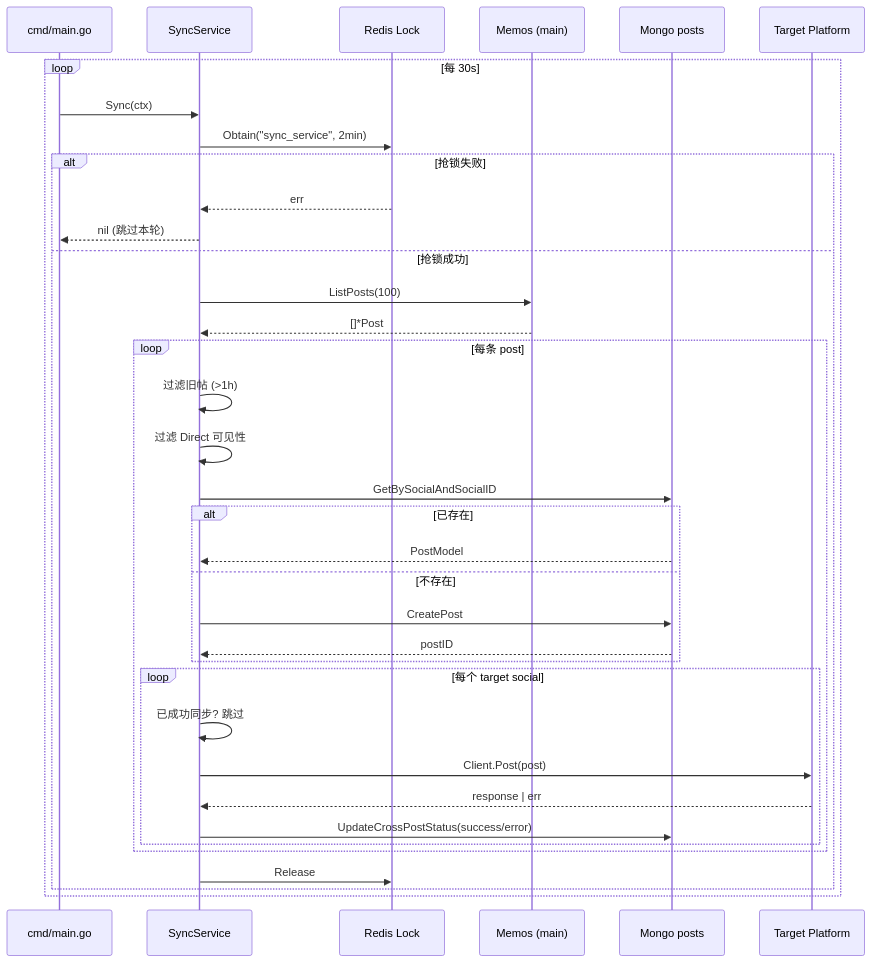
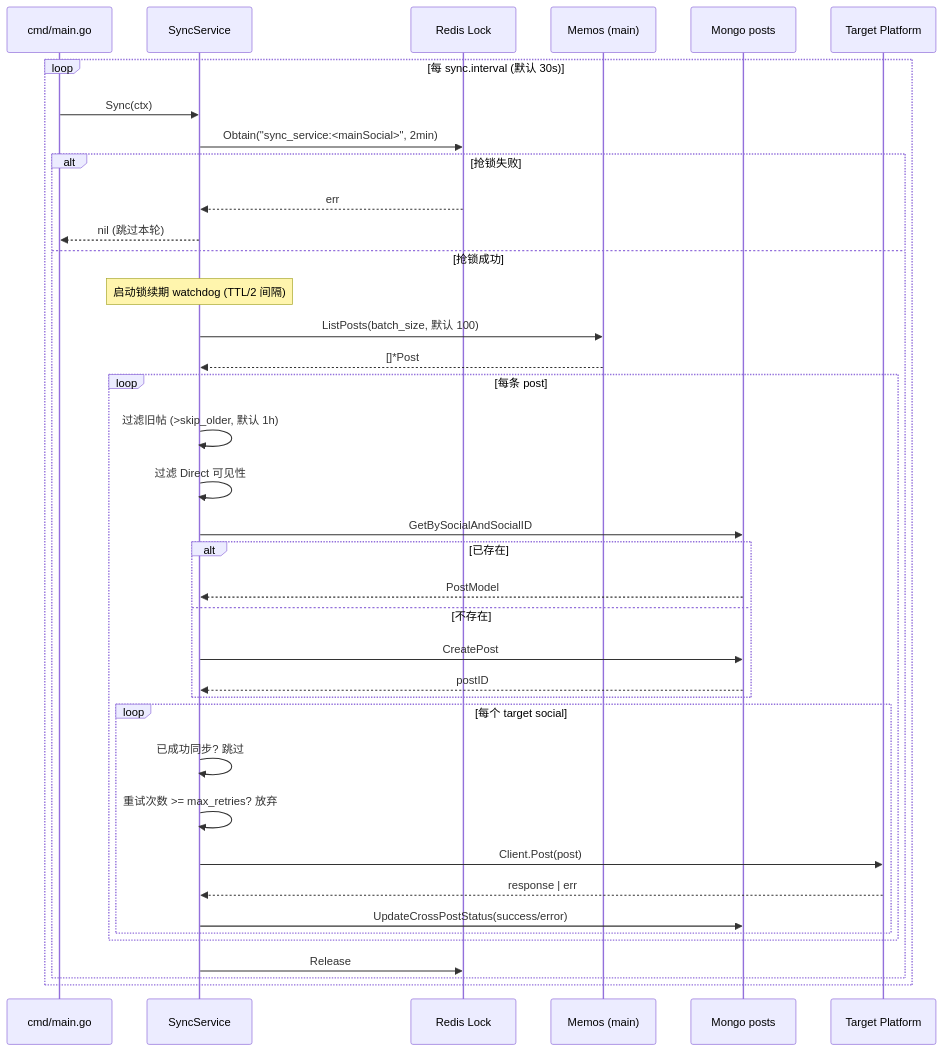
Before and after one commit to orvice/HyperSync: the first of 2 diagrams in docs/sync-flow.md, drawn with Mermaid. The commit also changed other lines of this file and 7 other files, not shown here.

````diff
--- a/docs/sync-flow.md
+++ b/docs/sync-flow.md
@@ -9,39 +9,41 @@
 ```mermaid
 sequenceDiagram
     participant Main as cmd/main.go
     participant Sync as SyncService
     participant Lock as Redis Lock
     participant Mem as Memos (main)
     participant DB as Mongo posts
     participant Tgt as Target Platform
 
-    loop 每 30s
+    loop 每 sync.interval (默认 30s)
         Main->>Sync: Sync(ctx)
-        Sync->>Lock: Obtain("sync_service", 2min)
+        Sync->>Lock: Obtain("sync_service:<mainSocial>", 2min)
         alt 抢锁失败
             Lock-->>Sync: err
             Sync-->>Main: nil (跳过本轮)
         else 抢锁成功
-            Sync->>Mem: ListPosts(100)
+            Note over Sync: 启动锁续期 watchdog (TTL/2 间隔)
+            Sync->>Mem: ListPosts(batch_size, 默认 100)
             Mem-->>Sync: []*Post
             loop 每条 post
-                Sync->>Sync: 过滤旧帖 (>1h)
+                Sync->>Sync: 过滤旧帖 (>skip_older, 默认 1h)
                 Sync->>Sync: 过滤 Direct 可见性
                 Sync->>DB: GetBySocialAndSocialID
                 alt 已存在
                     DB-->>Sync: PostModel
                 else 不存在
                     Sync->>DB: CreatePost
                     DB-->>Sync: postID
                 end
                 loop 每个 target social
                     Sync->>Sync: 已成功同步? 跳过
+                    Sync->>Sync: 重试次数 >= max_retries? 放弃
                     Sync->>Tgt: Client.Post(post)
                     Tgt-->>Sync: response | err
                     Sync->>DB: UpdateCrossPostStatus(success/error)
                 end
             end
             Sync->>Lock: Release
         end
     end
 ```
````
